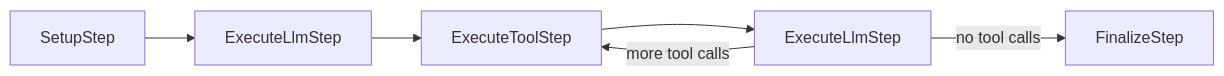
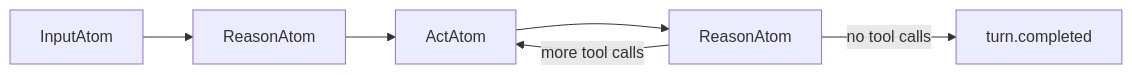
Before and after one commit to everruns/everruns: the diagram in docs/images/concepts/durable-execution-pipeline.mmd, drawn with Mermaid. The commit also changed 20 other files, not shown here.

```diff
--- a/docs/images/concepts/durable-execution-pipeline.mmd
+++ b/docs/images/concepts/durable-execution-pipeline.mmd
@@ -1,6 +1,6 @@
 graph LR
-    Setup[SetupStep] --> LLM1[ExecuteLlmStep]
-    LLM1 --> Tool[ExecuteToolStep]
-    Tool --> LLM2[ExecuteLlmStep]
-    LLM2 -->|more tool calls| Tool
-    LLM2 -->|no tool calls| Final[FinalizeStep]
+    Input[InputAtom] --> Reason1[ReasonAtom]
+    Reason1 --> Act[ActAtom]
+    Act --> Reason2[ReasonAtom]
+    Reason2 -->|more tool calls| Act
+    Reason2 -->|no tool calls| Done[turn.completed]
```
